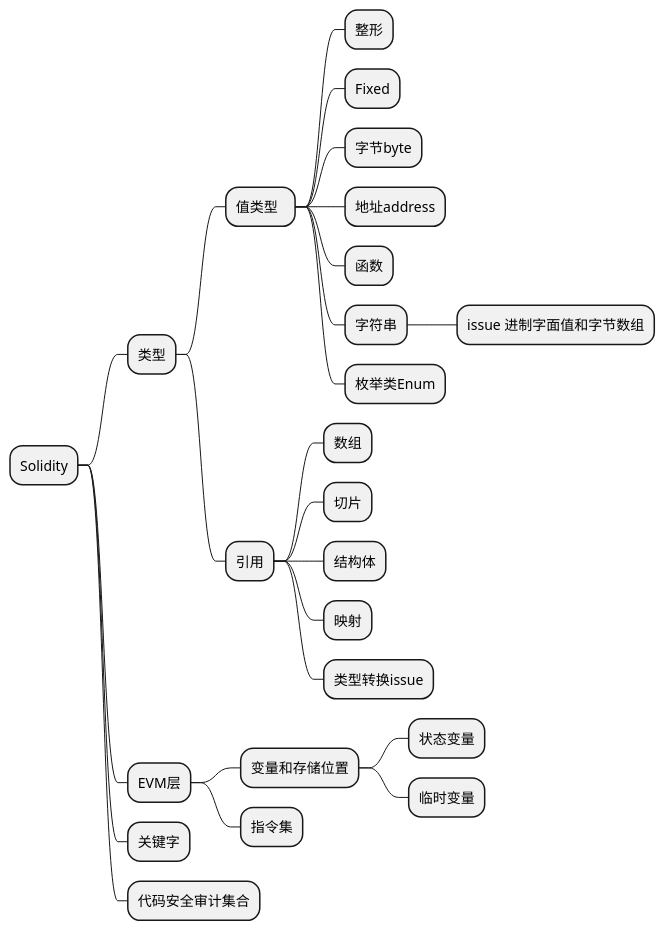
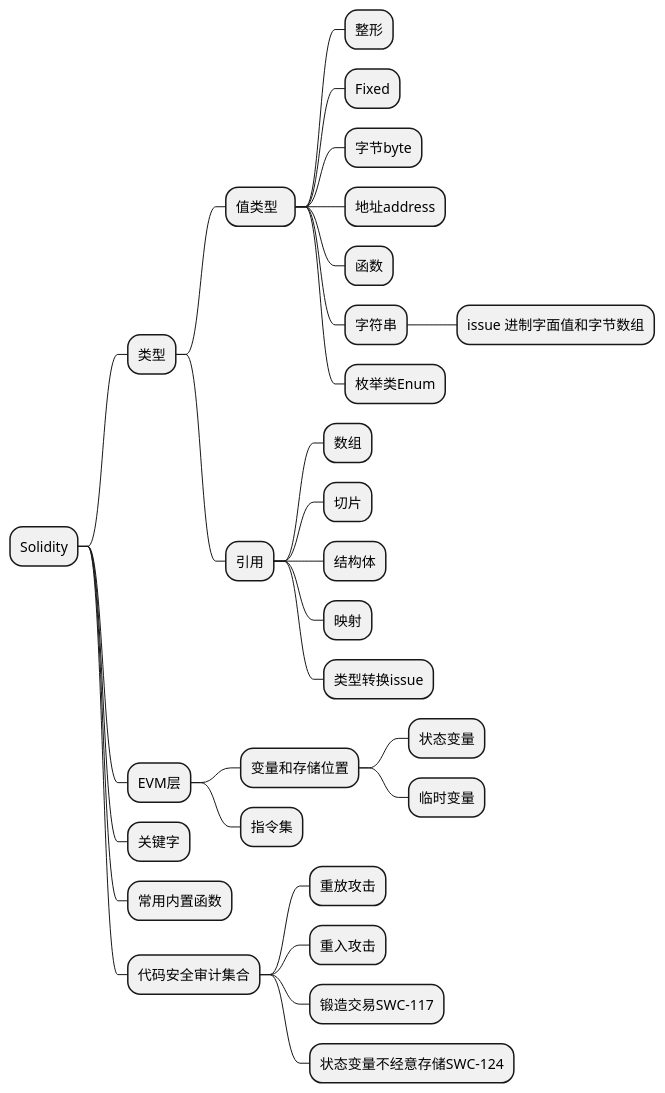
The diagram in solidity/0-overview.md (Tomatoooogerambo/notes-repo), drawn with PlantUML before and after one commit. The commit also changed 1 other file, not shown here.

````diff
--- a/solidity/0-overview.md
+++ b/solidity/0-overview.md
@@ -1,31 +1,37 @@
 ```plantuml
 @startmindmap
 + Solidity
 ++ 类型
 +++ 值类型  
 ++++ 整形
 ++++ Fixed
 ++++ 字节byte
 ++++ 地址address
 ++++ 函数
 ++++ 字符串
 +++++ issue 进制字面值和字节数组
 ++++ 枚举类Enum
 +++ 引用
 ++++ 数组
 ++++ 切片
 ++++ 结构体
 ++++ 映射
 ++++ 类型转换issue
 
 ++ EVM层
 +++ 变量和存储位置
 ++++ 状态变量
 ++++ 临时变量
 +++ 指令集
 
 ++ 关键字
 
+++ 常用内置函数
+
 ++ 代码安全审计集合
++++ 重放攻击
++++ 重入攻击
++++ 锻造交易SWC-117
++++ 状态变量不经意存储SWC-124
 @endmindmap
 ```
````
